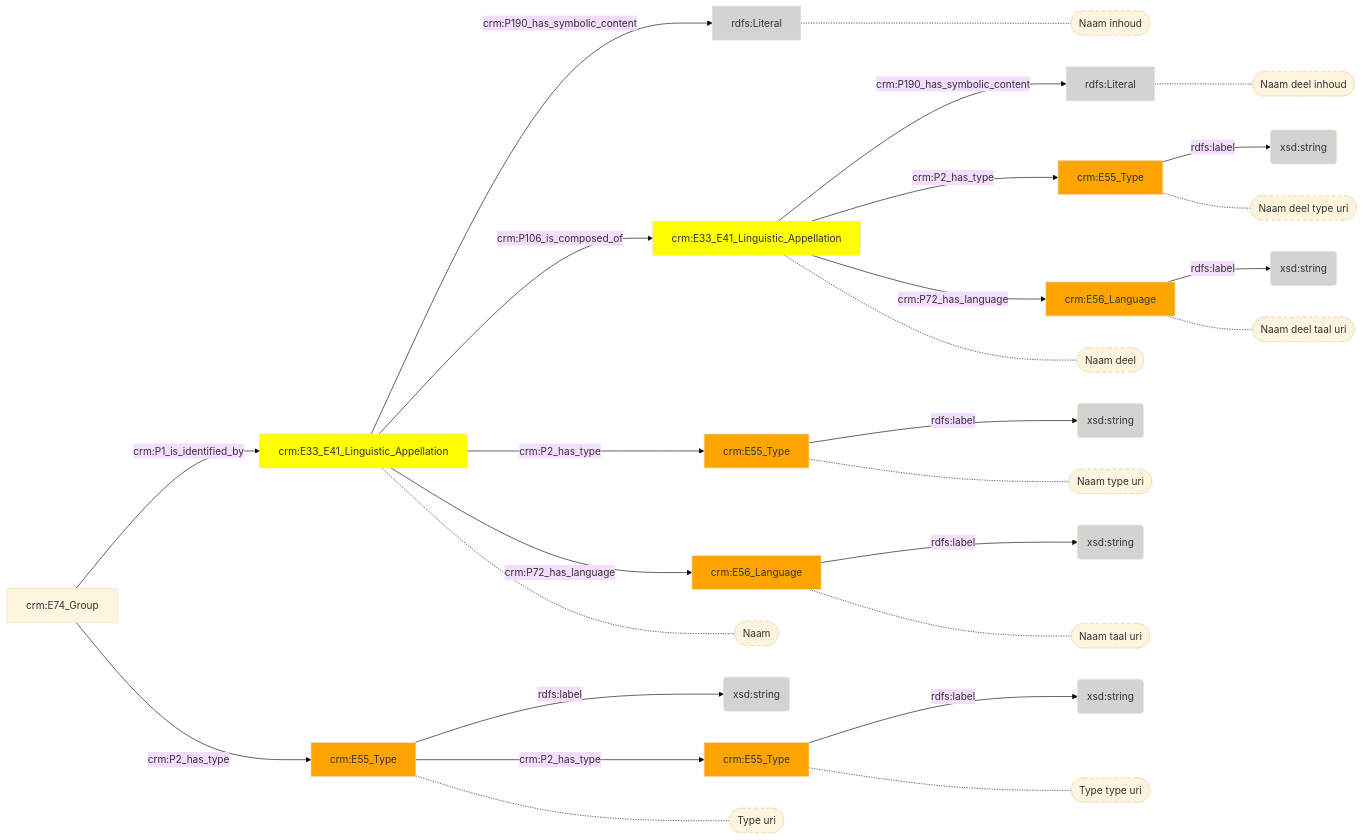
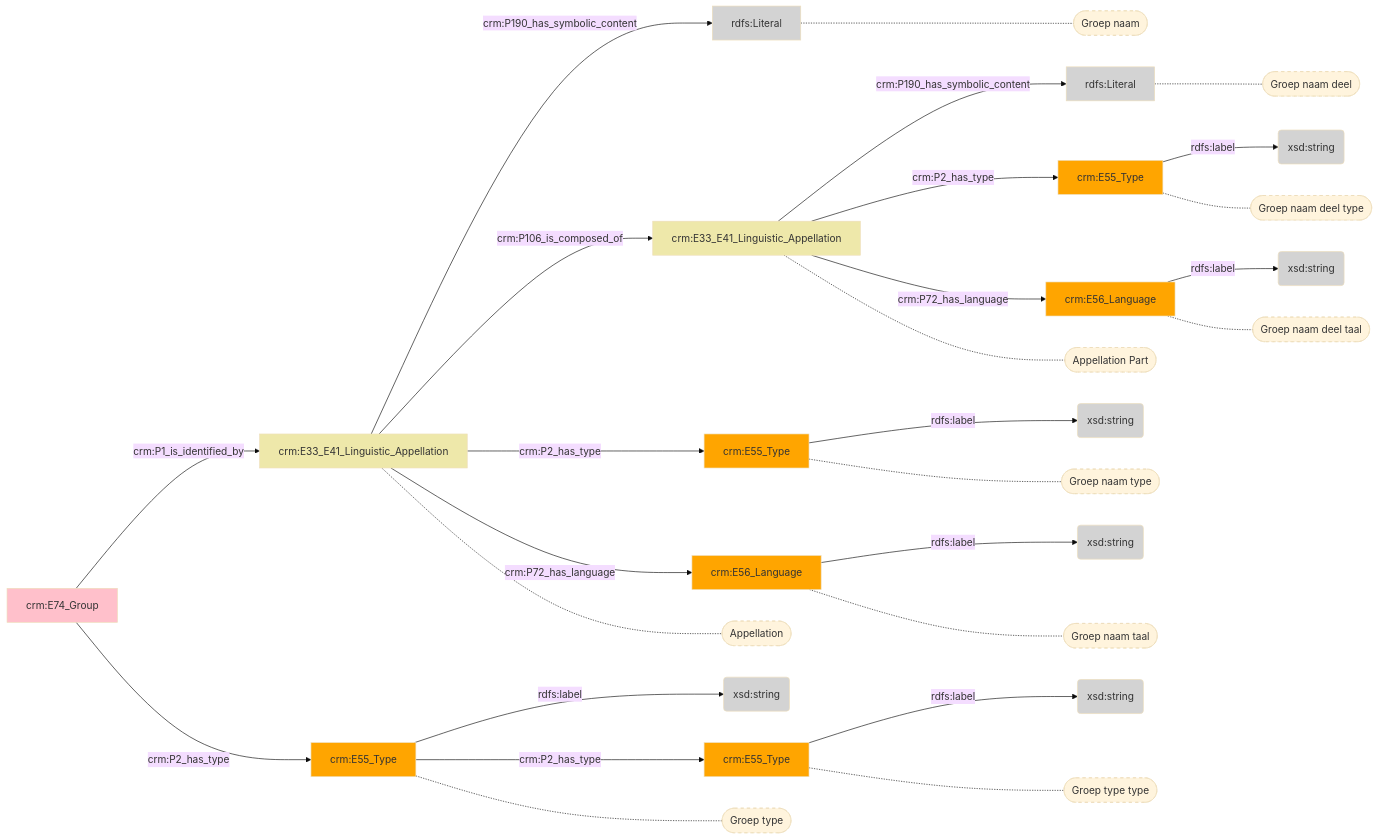
The diagram in docs/content/modellen/Group/Identificatie.md (digipolisantwerpdocumentation/antwerp-cultureel-erfgoed), drawn with Mermaid (base theme) before and after one commit. The commit also changed 173 other files, not shown here.

````diff
--- a/docs/content/modellen/Group/Identificatie.md
+++ b/docs/content/modellen/Group/Identificatie.md
@@ -1,55 +1,56 @@
 ```mermaid
 graph LR
 45a2ea12-e37f-11ed-9064-00163e71351b["crm:E33_E41_Linguistic_Appellation"]-->|"crm:P190_has_symbolic_content"|45a2f494-e37f-11ed-9064-00163e71351b(rdfs:Literal)
 45a2f07a-e37f-11ed-9064-00163e71351b["crm:E56_Language"]-->|"rdfs:label"|45a2f1ec-e37f-11ed-9064-00163e71351b(xsd:string)
 45a2f5de-e37f-11ed-9064-00163e71351b["crm:E56_Language"]-->|"rdfs:label"|45a2f994-e37f-11ed-9064-00163e71351b(xsd:string)
 45a2f71e-e37f-11ed-9064-00163e71351b["crm:E55_Type"]-->|"rdfs:label"|45a2f85e-e37f-11ed-9064-00163e71351b(xsd:string)
 45a2fade-e37f-11ed-9064-00163e71351b["crm:E33_E41_Linguistic_Appellation"]-->|"crm:P190_has_symbolic_content"|45a2f340-e37f-11ed-9064-00163e71351b(rdfs:Literal)
 45a2fc28-e37f-11ed-9064-00163e71351b["crm:E55_Type"]-->|"rdfs:label"|45a2eee0-e37f-11ed-9064-00163e71351b(xsd:string)
 cc86d7fa-e37f-11ed-9655-00163e71351b["crm:E55_Type"]-->|"rdfs:label"|cc86dfa2-e37f-11ed-9655-00163e71351b(xsd:string)
 cc86dc96-e37f-11ed-9655-00163e71351b["crm:E55_Type"]-->|"rdfs:label"|cc86de3a-e37f-11ed-9655-00163e71351b(xsd:string)
 1456bf2e-e37f-11ed-a1e6-00163e71351b["crm:E74_Group"]-->|"crm:P1_is_identified_by"|45a2ea12-e37f-11ed-9064-00163e71351b["crm:E33_E41_Linguistic_Appellation"]
 1456bf2e-e37f-11ed-a1e6-00163e71351b["crm:E74_Group"]-->|"crm:P2_has_type"|cc86d7fa-e37f-11ed-9655-00163e71351b["crm:E55_Type"]
 45a2ea12-e37f-11ed-9064-00163e71351b["crm:E33_E41_Linguistic_Appellation"]-->|"crm:P106_is_composed_of"|45a2fade-e37f-11ed-9064-00163e71351b["crm:E33_E41_Linguistic_Appellation"]
 45a2ea12-e37f-11ed-9064-00163e71351b["crm:E33_E41_Linguistic_Appellation"]-->|"crm:P2_has_type"|45a2f71e-e37f-11ed-9064-00163e71351b["crm:E55_Type"]
 45a2ea12-e37f-11ed-9064-00163e71351b["crm:E33_E41_Linguistic_Appellation"]-->|"crm:P72_has_language"|45a2f5de-e37f-11ed-9064-00163e71351b["crm:E56_Language"]
 45a2fade-e37f-11ed-9064-00163e71351b["crm:E33_E41_Linguistic_Appellation"]-->|"crm:P2_has_type"|45a2fc28-e37f-11ed-9064-00163e71351b["crm:E55_Type"]
 45a2fade-e37f-11ed-9064-00163e71351b["crm:E33_E41_Linguistic_Appellation"]-->|"crm:P72_has_language"|45a2f07a-e37f-11ed-9064-00163e71351b["crm:E56_Language"]
 cc86d7fa-e37f-11ed-9655-00163e71351b["crm:E55_Type"]-->|"crm:P2_has_type"|cc86dc96-e37f-11ed-9655-00163e71351b["crm:E55_Type"]
+45a2ea12-e37f-11ed-9064-00163e71351b["crm:E33_E41_Linguistic_Appellation"]-.-45a2ea12-e37f-11ed-9064-00163e71351b_s(["Appellation"])
+cc86d7fa-e37f-11ed-9655-00163e71351b["crm:E55_Type"]-.-cc86d7fa-e37f-11ed-9655-00163e71351b_s(["Groep type"])
+45a2fade-e37f-11ed-9064-00163e71351b["crm:E33_E41_Linguistic_Appellation"]-.-45a2fade-e37f-11ed-9064-00163e71351b_s(["Appellation Part"])
+45a2f494-e37f-11ed-9064-00163e71351b["rdfs:Literal"]-.-45a2f494-e37f-11ed-9064-00163e71351b_s(["Groep naam"])
+45a2f71e-e37f-11ed-9064-00163e71351b["crm:E55_Type"]-.-45a2f71e-e37f-11ed-9064-00163e71351b_s(["Groep naam type"])
+45a2f5de-e37f-11ed-9064-00163e71351b["crm:E56_Language"]-.-45a2f5de-e37f-11ed-9064-00163e71351b_s(["Groep naam taal"])
+45a2f340-e37f-11ed-9064-00163e71351b["rdfs:Literal"]-.-45a2f340-e37f-11ed-9064-00163e71351b_s(["Groep naam deel"])
+45a2fc28-e37f-11ed-9064-00163e71351b["crm:E55_Type"]-.-45a2fc28-e37f-11ed-9064-00163e71351b_s(["Groep naam deel type"])
+45a2f07a-e37f-11ed-9064-00163e71351b["crm:E56_Language"]-.-45a2f07a-e37f-11ed-9064-00163e71351b_s(["Groep naam deel taal"])
+cc86dc96-e37f-11ed-9655-00163e71351b["crm:E55_Type"]-.-cc86dc96-e37f-11ed-9655-00163e71351b_s(["Groep type type"])
 style 45a2ea12-e37f-11ed-9064-00163e71351b_s stroke-dasharray: 5
 style cc86d7fa-e37f-11ed-9655-00163e71351b_s stroke-dasharray: 5
 style 45a2fade-e37f-11ed-9064-00163e71351b_s stroke-dasharray: 5
 style 45a2f494-e37f-11ed-9064-00163e71351b_s stroke-dasharray: 5
 style 45a2f71e-e37f-11ed-9064-00163e71351b_s stroke-dasharray: 5
 style 45a2f5de-e37f-11ed-9064-00163e71351b_s stroke-dasharray: 5
 style 45a2f340-e37f-11ed-9064-00163e71351b_s stroke-dasharray: 5
 style 45a2fc28-e37f-11ed-9064-00163e71351b_s stroke-dasharray: 5
 style 45a2f07a-e37f-11ed-9064-00163e71351b_s stroke-dasharray: 5
 style cc86dc96-e37f-11ed-9655-00163e71351b_s stroke-dasharray: 5
-45a2ea12-e37f-11ed-9064-00163e71351b["crm:E33_E41_Linguistic_Appellation"]-.-45a2ea12-e37f-11ed-9064-00163e71351b_s(["Naam"])
-cc86d7fa-e37f-11ed-9655-00163e71351b["crm:E55_Type"]-.-cc86d7fa-e37f-11ed-9655-00163e71351b_s(["Type uri"])
-45a2fade-e37f-11ed-9064-00163e71351b["crm:E33_E41_Linguistic_Appellation"]-.-45a2fade-e37f-11ed-9064-00163e71351b_s(["Naam deel"])
-45a2f494-e37f-11ed-9064-00163e71351b["rdfs:Literal"]-.-45a2f494-e37f-11ed-9064-00163e71351b_s(["Naam inhoud"])
-45a2f71e-e37f-11ed-9064-00163e71351b["crm:E55_Type"]-.-45a2f71e-e37f-11ed-9064-00163e71351b_s(["Naam type uri"])
-45a2f5de-e37f-11ed-9064-00163e71351b["crm:E56_Language"]-.-45a2f5de-e37f-11ed-9064-00163e71351b_s(["Naam taal uri"])
-45a2f340-e37f-11ed-9064-00163e71351b["rdfs:Literal"]-.-45a2f340-e37f-11ed-9064-00163e71351b_s(["Naam deel inhoud"])
-45a2fc28-e37f-11ed-9064-00163e71351b["crm:E55_Type"]-.-45a2fc28-e37f-11ed-9064-00163e71351b_s(["Naam deel type uri"])
-45a2f07a-e37f-11ed-9064-00163e71351b["crm:E56_Language"]-.-45a2f07a-e37f-11ed-9064-00163e71351b_s(["Naam deel taal uri"])
-cc86dc96-e37f-11ed-9655-00163e71351b["crm:E55_Type"]-.-cc86dc96-e37f-11ed-9655-00163e71351b_s(["Type type uri"])
-style 45a2ea12-e37f-11ed-9064-00163e71351b fill:#ffff00
+style 1456bf2e-e37f-11ed-a1e6-00163e71351b fill:#ffc0cb
+style 45a2ea12-e37f-11ed-9064-00163e71351b fill:#EEE8AA
 style 45a2eee0-e37f-11ed-9064-00163e71351b fill:#D3D3D3
 style 45a2f07a-e37f-11ed-9064-00163e71351b fill:#ffa500
 style 45a2f1ec-e37f-11ed-9064-00163e71351b fill:#D3D3D3
 style 45a2f340-e37f-11ed-9064-00163e71351b fill:#D3D3D3
 style 45a2f494-e37f-11ed-9064-00163e71351b fill:#D3D3D3
 style 45a2f5de-e37f-11ed-9064-00163e71351b fill:#ffa500
 style 45a2f71e-e37f-11ed-9064-00163e71351b fill:#ffa500
 style 45a2f85e-e37f-11ed-9064-00163e71351b fill:#D3D3D3
 style 45a2f994-e37f-11ed-9064-00163e71351b fill:#D3D3D3
-style 45a2fade-e37f-11ed-9064-00163e71351b fill:#ffff00
+style 45a2fade-e37f-11ed-9064-00163e71351b fill:#EEE8AA
 style 45a2fc28-e37f-11ed-9064-00163e71351b fill:#ffa500
 style cc86d7fa-e37f-11ed-9655-00163e71351b fill:#ffa500
 style cc86dc96-e37f-11ed-9655-00163e71351b fill:#ffa500
 style cc86de3a-e37f-11ed-9655-00163e71351b fill:#D3D3D3
 style cc86dfa2-e37f-11ed-9655-00163e71351b fill:#D3D3D3
 ```
````
